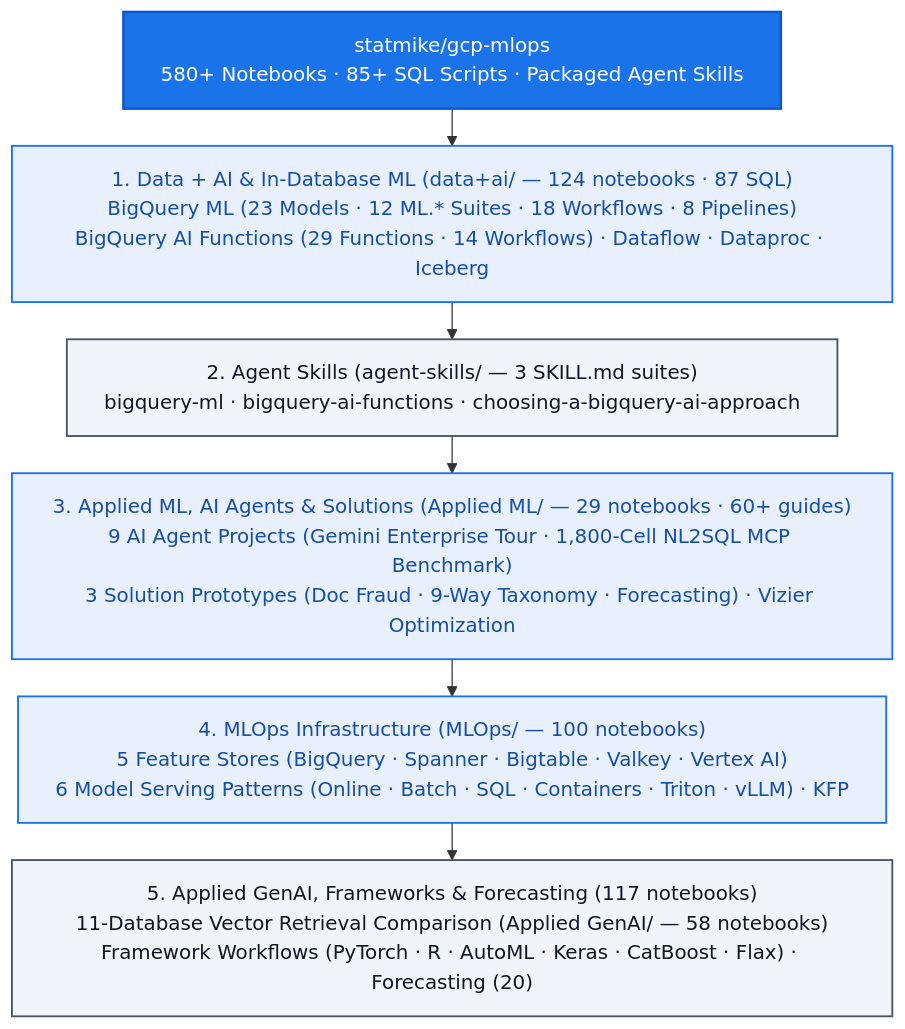
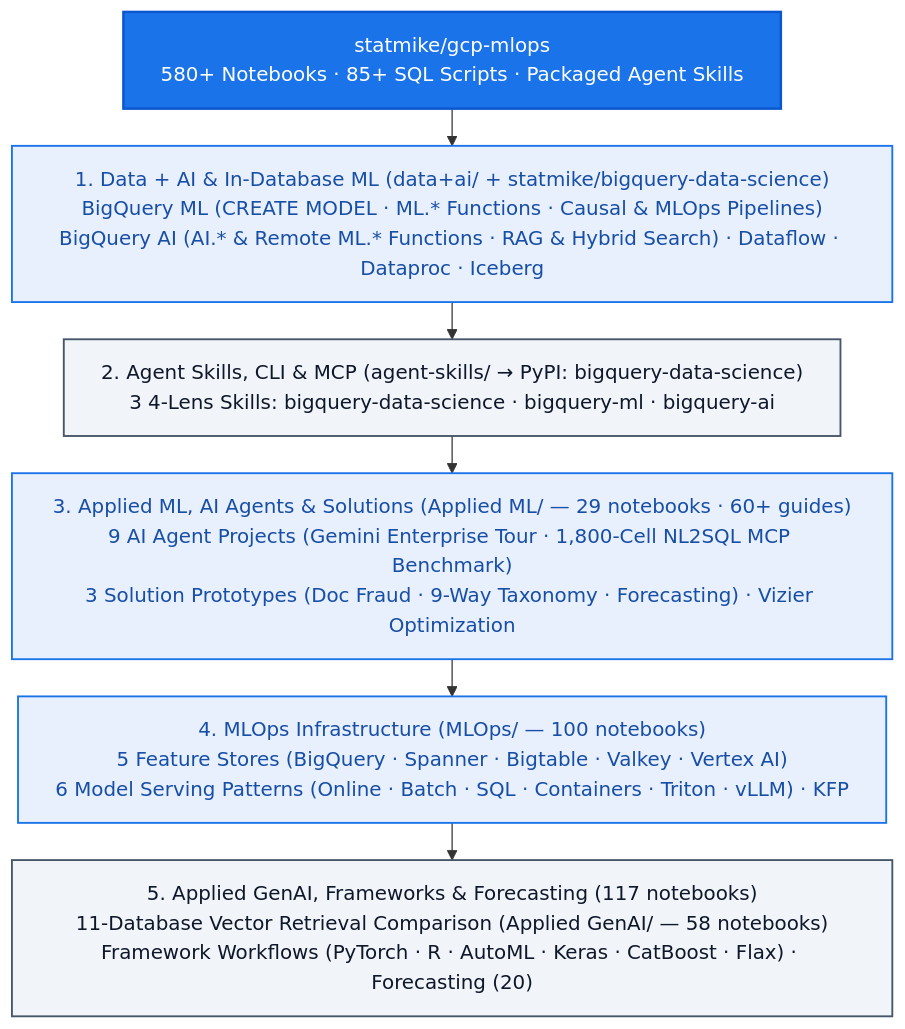
One commit to zqf20096327/ai_collect changed the diagram in data/readmes/statmike__gcp-mlops.md. Above: the diagram before and after it, drawn with Mermaid. The commit also changed other lines of this file and 2708 other files, not shown here.

````diff
--- a/data/readmes/statmike__gcp-mlops.md
+++ b/data/readmes/statmike__gcp-mlops.md
@@ -57,24 +57,24 @@
 ```mermaid
 %%{init: {'flowchart': {'wrappingWidth': 650, 'nodeSpacing': 25, 'rankSpacing': 30}}}%%
 flowchart TD
     Start["statmike/gcp-mlops<br/>580+ Notebooks · 85+ SQL Scripts · Packaged Agent Skills"]
 
-    P1["1. Data + AI & In-Database ML (data+ai/ — 124 notebooks · 87 SQL)<br/>BigQuery ML (23 Models · 12 ML.* Suites · 18 Workflows · 8 Pipelines)<br/>BigQuery AI Functions (29 Functions · 14 Workflows) · Dataflow · Dataproc · Iceberg"]
+    P1["1. Data + AI & In-Database ML (data+ai/ + statmike/bigquery-data-science)<br/>BigQuery ML (CREATE MODEL · ML.* Functions · Causal & MLOps Pipelines)<br/>BigQuery AI (AI.* & Remote ML.* Functions · RAG & Hybrid Search) · Dataflow · Dataproc · Iceberg"]
 
-    P2["2. Agent Skills (agent-skills/ — 3 SKILL.md suites)<br/>bigquery-ml · bigquery-ai-functions · choosing-a-bigquery-ai-approach"]
+    P2["2. Agent Skills, CLI & MCP (agent-skills/ → PyPI: bigquery-data-science)<br/>3 4-Lens Skills: bigquery-data-science · bigquery-ml · bigquery-ai"]
 
     P3["3. Applied ML, AI Agents & Solutions (Applied ML/ — 29 notebooks · 60+ guides)<br/>9 AI Agent Projects (Gemini Enterprise Tour · 1,800-Cell NL2SQL MCP Benchmark)<br/>3 Solution Prototypes (Doc Fraud · 9-Way Taxonomy · Forecasting) · Vizier Optimization"]
 
     P4["4. MLOps Infrastructure (MLOps/ — 100 notebooks)<br/>5 Feature Stores (BigQuery · Spanner · Bigtable · Valkey · Vertex AI)<br/>6 Model Serving Patterns (Online · Batch · SQL · Containers · Triton · vLLM) · KFP"]
 
     P5["5. Applied GenAI, Frameworks & Forecasting (117 notebooks)<br/>11-Database Vector Retrieval Comparison (Applied GenAI/ — 58 notebooks)<br/>Framework Workflows (PyTorch · R · AutoML · Keras · CatBoost · Flax) · Forecasting (20)"]
 
     Start --> P1 --> P2 --> P3 --> P4 --> P5
 
     classDef root fill:#1a73e8,stroke:#0b57d0,stroke-width:2px,color:#ffffff
     classDef primary fill:#e8f0fe,stroke:#1a73e8,stroke-width:1.5px,color:#174ea6
     classDef secondary fill:#f1f5f9,stroke:#475569,stroke-width:1.5px,color:#0f172a
     class Start root
     class P1,P3,P4 primary
     class P2,P5 secondary
 ```
````
